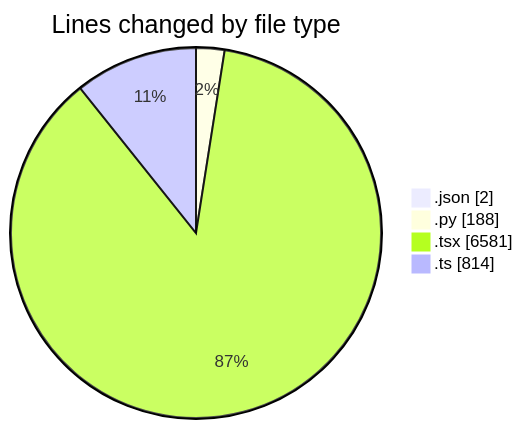
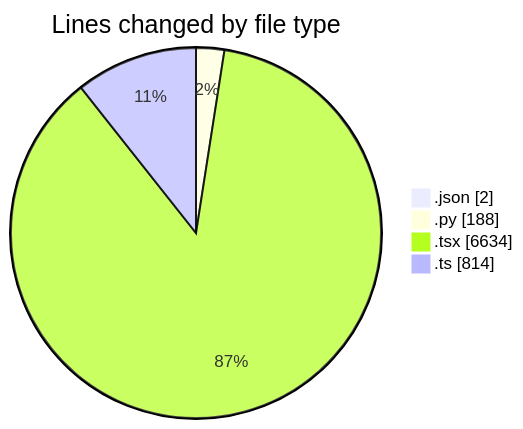
Before and after one commit to julien-gomy/code-tracking: the first of 2 diagrams in 2025-10-06/eventscop-frontend-guide__workspace_/README.md, drawn with Mermaid. The commit also changed other lines of this file and 1 other file, not shown here.

````diff
--- a/2025-10-06/eventscop-frontend-guide__workspace_/README.md
+++ b/2025-10-06/eventscop-frontend-guide__workspace_/README.md
@@ -60,8 +61,8 @@
 ```mermaid
 pie showData
 title Lines changed by file type
 ".json" : 2
 ".py" : 188
-".tsx" : 6581
+".tsx" : 6634
 ".ts" : 814
 ```
````
